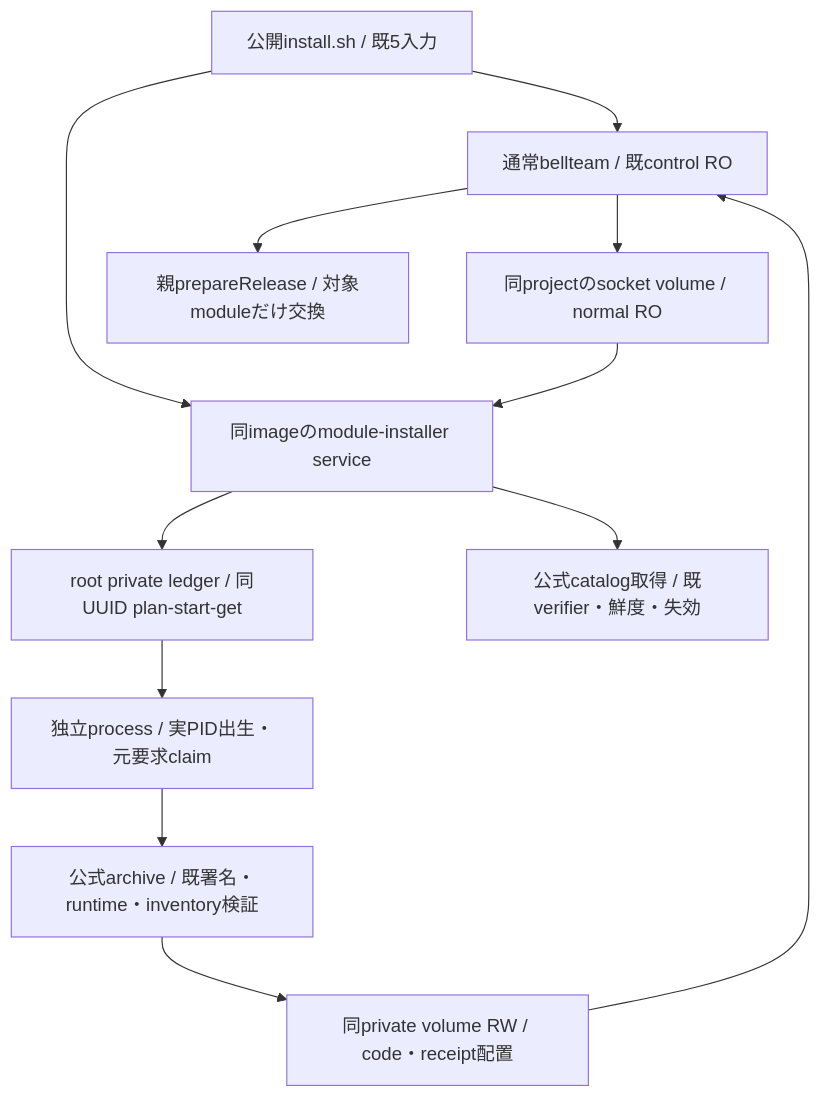
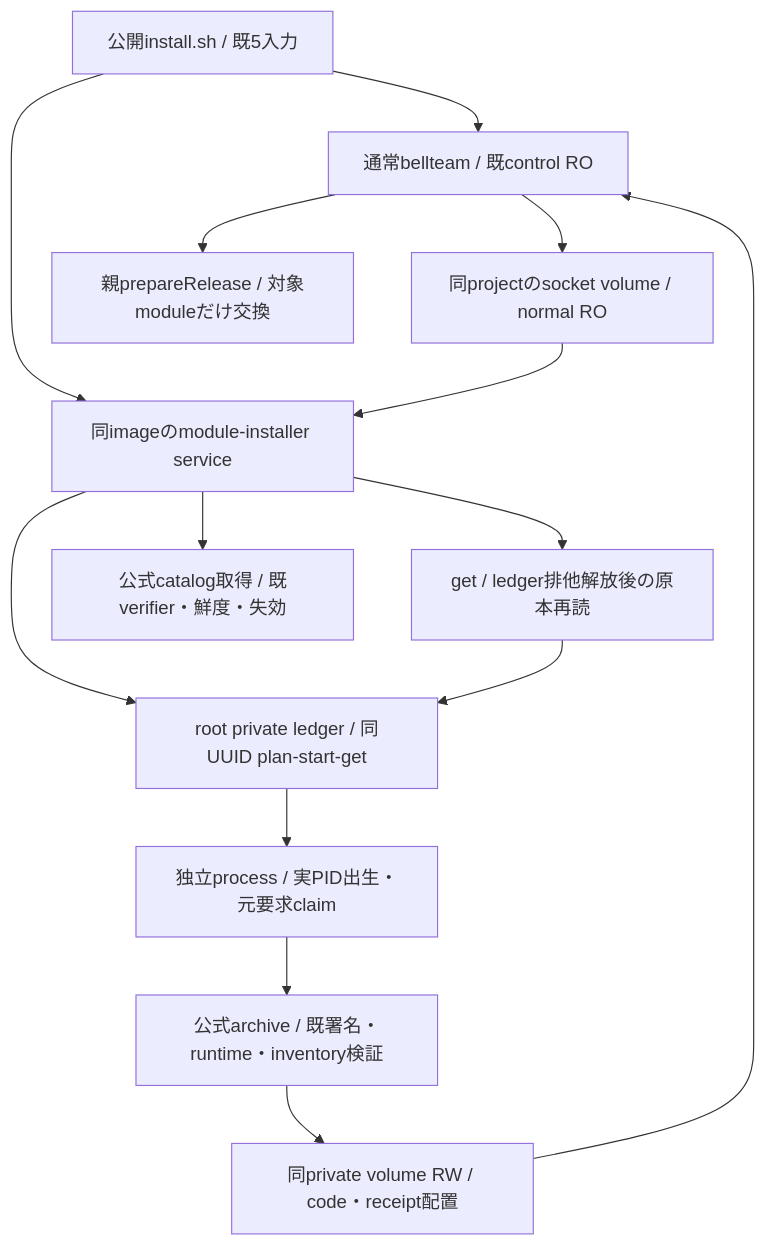
The diagram in docs/architecture/modules/runtime/module-installer.md (kitepon/BellTeam), drawn with Mermaid before and after one commit. The commit also changed other lines of this file and 3 other files, not shown here.

````diff
--- a/docs/architecture/modules/runtime/module-installer.md
+++ b/docs/architecture/modules/runtime/module-installer.md
@@ -7,14 +7,16 @@
 ```mermaid
 flowchart TD
   Install[公開install.sh / 既5入力] --> Normal[通常bellteam / 既control RO]
   Install --> Backend[同imageのmodule-installer service]
   Normal --> Socket[同projectのsocket volume / normal RO]
   Socket --> Backend
   Backend --> Ledger[root private ledger / 同UUID plan-start-get]
+  Backend --> Get[get / ledger排他解放後の原本再読]
+  Get --> Ledger
   Backend --> Catalog[公式catalog取得 / 既verifier・鮮度・失効]
   Ledger --> Worker[独立process / 実PID出生・元要求claim]
   Worker --> Verify[公式archive / 既署名・runtime・inventory検証]
   Verify --> Store[同private volume RW / code・receipt配置]
   Store --> Normal
   Normal --> Exchange[親prepareRelease / 対象moduleだけ交換]
 ```
````
